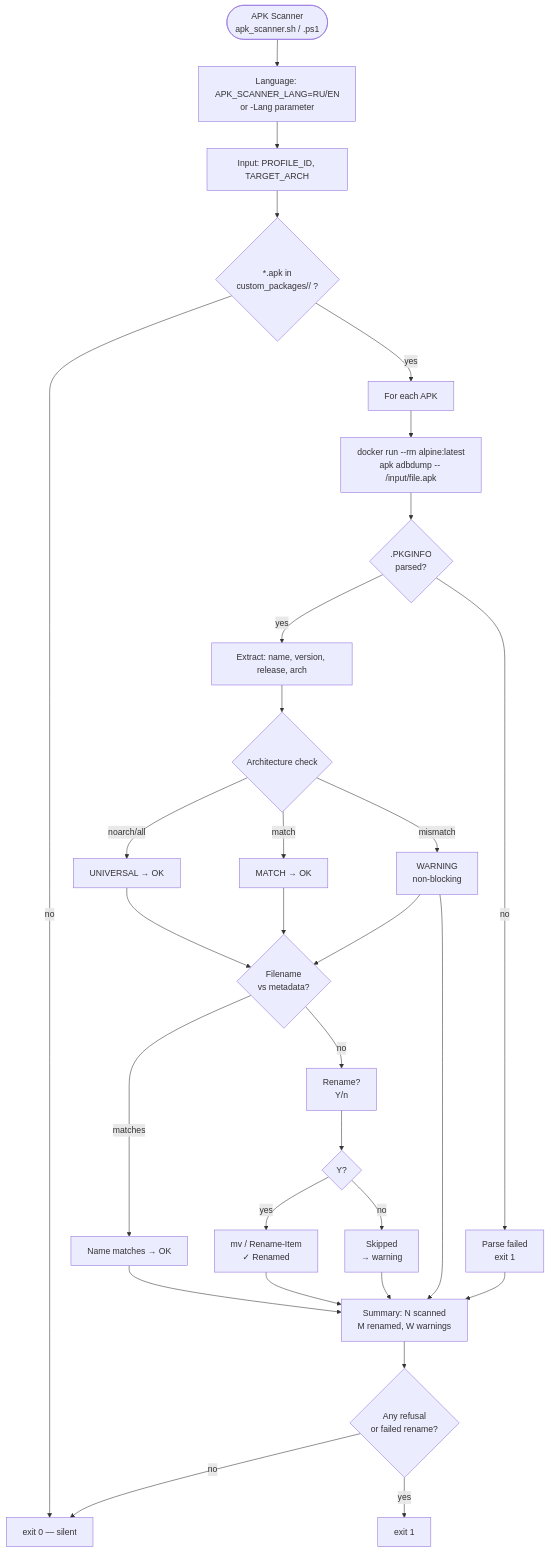
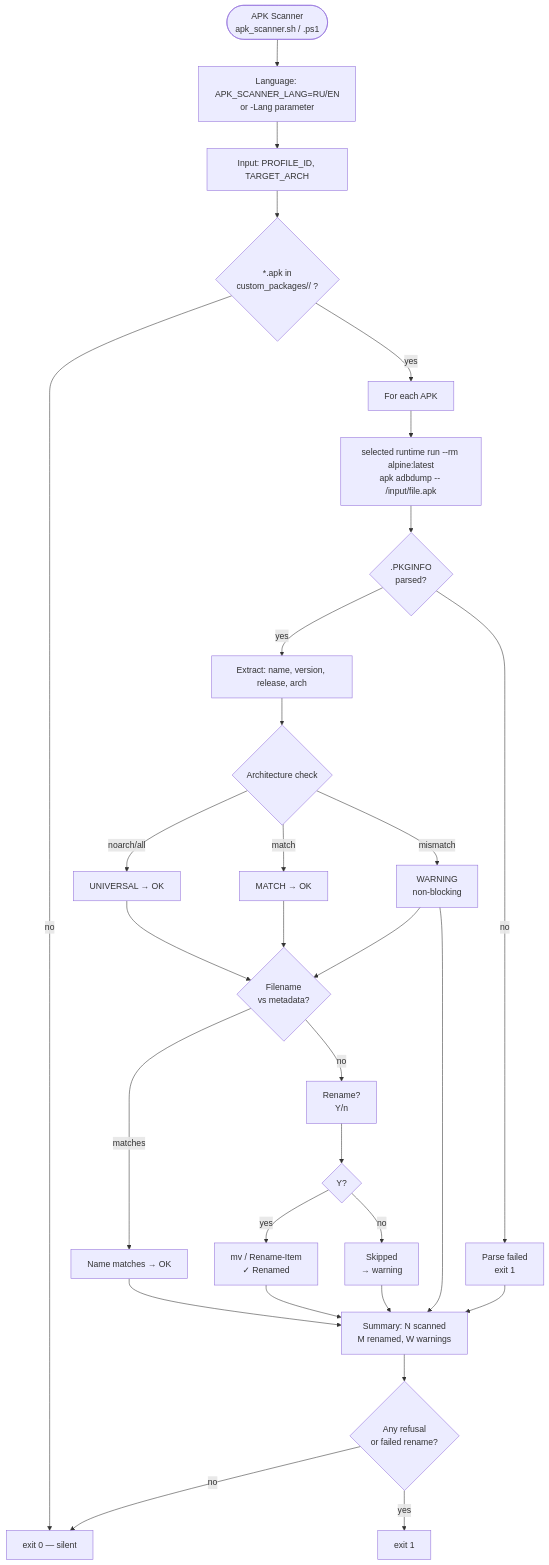
The third of 8 diagrams in docs/ARCHITECTURE_diagram_en.md (GJIUXAPb/routerFW), drawn with Mermaid before and after one commit. The commit also changed other lines of this file and 6 other files, not shown here.

First line of the commit message:
docs: update release and architecture docs for 4.70

````diff
--- a/docs/ARCHITECTURE_diagram_en.md
+++ b/docs/ARCHITECTURE_diagram_en.md
@@ -146,31 +148,31 @@
 ```mermaid
 flowchart TD
     S_START([APK Scanner\napk_scanner.sh / .ps1])
     S_START --> S_LANG[Language: APK_SCANNER_LANG=RU/EN\nor -Lang parameter]
     S_LANG --> S_PARAMS[Input: PROFILE_ID, TARGET_ARCH]
     S_PARAMS --> S_SCAN{*.apk in\ncustom_packages/<profile>/ ?}
     S_SCAN --> |no| S_EXIT_OK[exit 0 — silent]
     S_SCAN --> |yes| S_FOR[For each APK]
 
-    S_FOR --> S_DUMP[docker run --rm alpine:latest\napk adbdump -- /input/file.apk]
+    S_FOR --> S_DUMP[selected runtime run --rm alpine:latest\napk adbdump -- /input/file.apk]
     S_DUMP --> S_PARSE{.PKGINFO\nparsed?}
     S_PARSE --> |no| S_ERR["Parse failed\nexit 1"]
     S_PARSE --> |yes| S_EXTRACT[Extract: name, version, release, arch]
 
     S_EXTRACT --> S_ARCH{Architecture check}
     S_ARCH --> |noarch/all| S_ARCH_UNIV["UNIVERSAL → OK"]
     S_ARCH --> |match| S_ARCH_OK["MATCH → OK"]
     S_ARCH --> |mismatch| S_ARCH_WARN["WARNING\nnon-blocking"]
 
     S_ARCH_UNIV & S_ARCH_OK & S_ARCH_WARN --> S_NAME{Filename\nvs metadata?}
     S_NAME --> |matches| S_NAME_OK["Name matches → OK"]
     S_NAME --> |no| S_PROMPT["Rename?\nY/n"]
     S_PROMPT --> S_YES{Y?}
     S_YES --> |yes| S_REN[mv / Rename-Item\n✓ Renamed]
     S_YES --> |no| S_SKIP["Skipped\n→ warning"]
 
     S_NAME_OK & S_REN & S_SKIP & S_ARCH_WARN & S_ERR --> S_SUMMARY["Summary: N scanned\nM renamed, W warnings"]
     S_SUMMARY --> S_EXIT{Any refusal\nor failed rename?}
     S_EXIT --> |no| S_EXIT_OK
     S_EXIT --> |yes| S_EXIT_WARN[exit 1]
 ```
````
